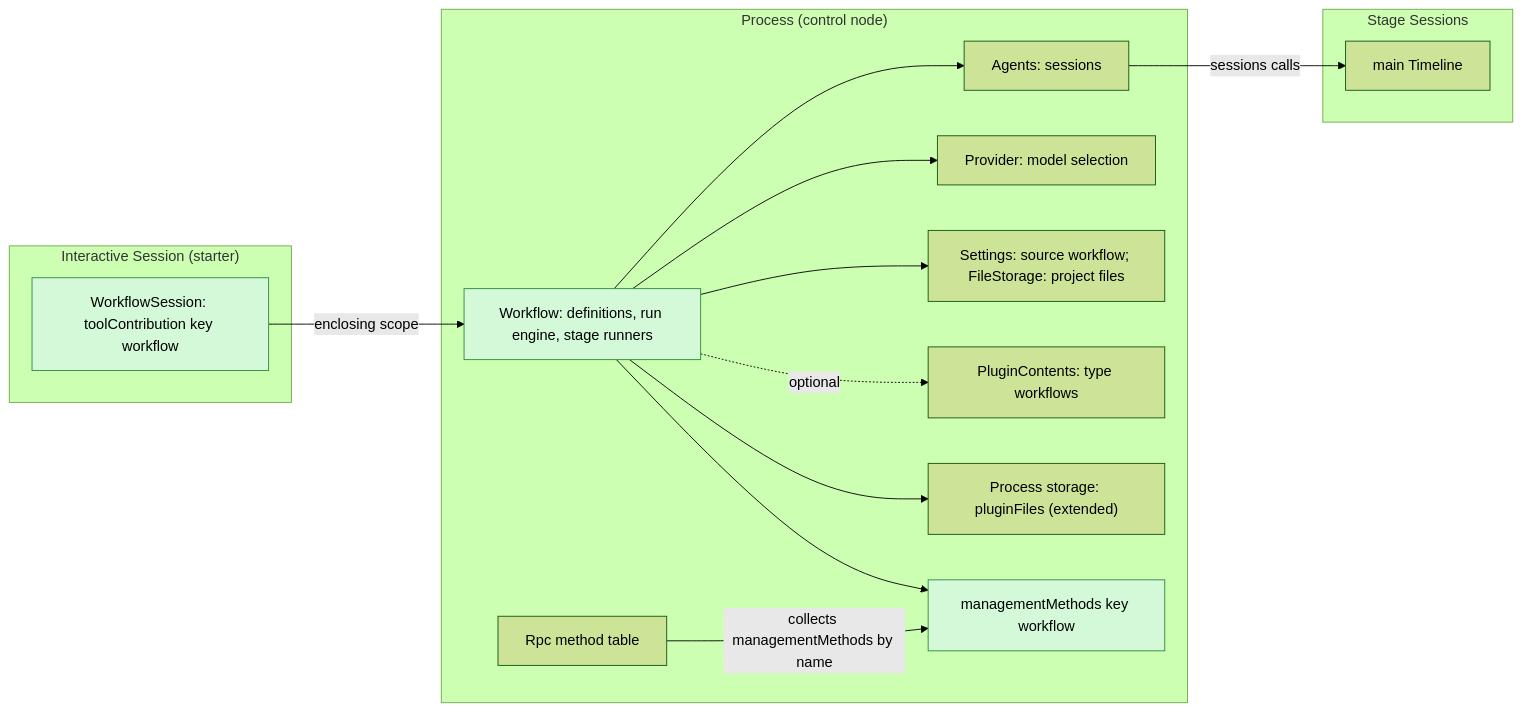
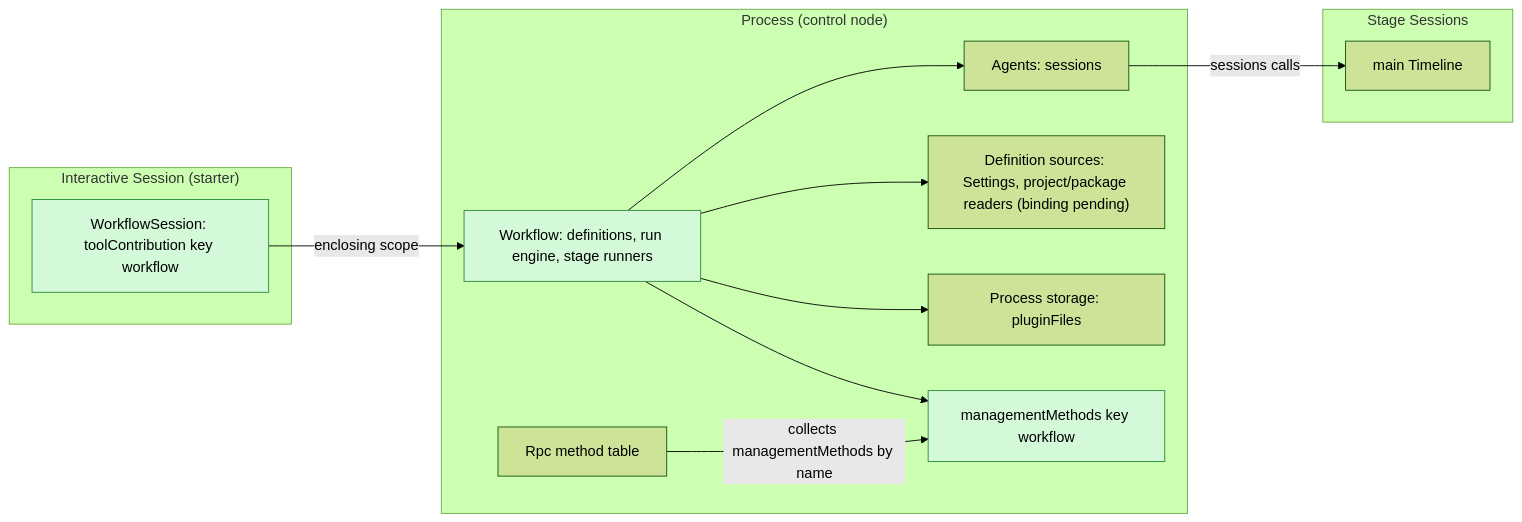
Before and after one commit to CoutinhoTTS/dim-agent: the first of 6 diagrams in docs/design/plugins/Workflow.md, drawn with Mermaid (forest theme). The commit also changed other lines of this file and 1 other file, not shown here.

Commit message:
docs(workflow): use existing stage admission and service contracts

````diff
--- a/docs/design/plugins/Workflow.md
+++ b/docs/design/plugins/Workflow.md
@@ -13,30 +13,26 @@
 ```mermaid
 flowchart LR
   subgraph PROC["Process (control node)"]
     WF["Workflow: definitions, run engine, stage runners"]
     MM["managementMethods key workflow"]
     Agents["Agents: sessions"]
-    Prov["Provider: model selection"]
-    Set["Settings: source workflow; FileStorage: project files"]
-    PC["PluginContents: type workflows"]
-    Store["Process storage: pluginFiles (extended)"]
+    Set["Definition sources: Settings, project/package readers (binding pending)"]
+    Store["Process storage: pluginFiles"]
     Rpc["Rpc method table"]
   end
   subgraph SESS["Interactive Session (starter)"]
     Tool["WorkflowSession: toolContribution key workflow"]
   end
   subgraph STG["Stage Sessions"]
     TL["main Timeline"]
   end
   Tool -->|"enclosing scope"| WF
   WF --> Agents
-  WF --> Prov
   WF --> Set
-  WF -.->|"optional"| PC
   WF --> Store
   WF --> MM
   Rpc -->|"collects managementMethods by name"| MM
   Agents -->|"sessions calls"| TL
   classDef new fill:#d3f9d8,stroke:#2b8a3e,color:#000
   class WF,MM,Tool new
 ```
````
